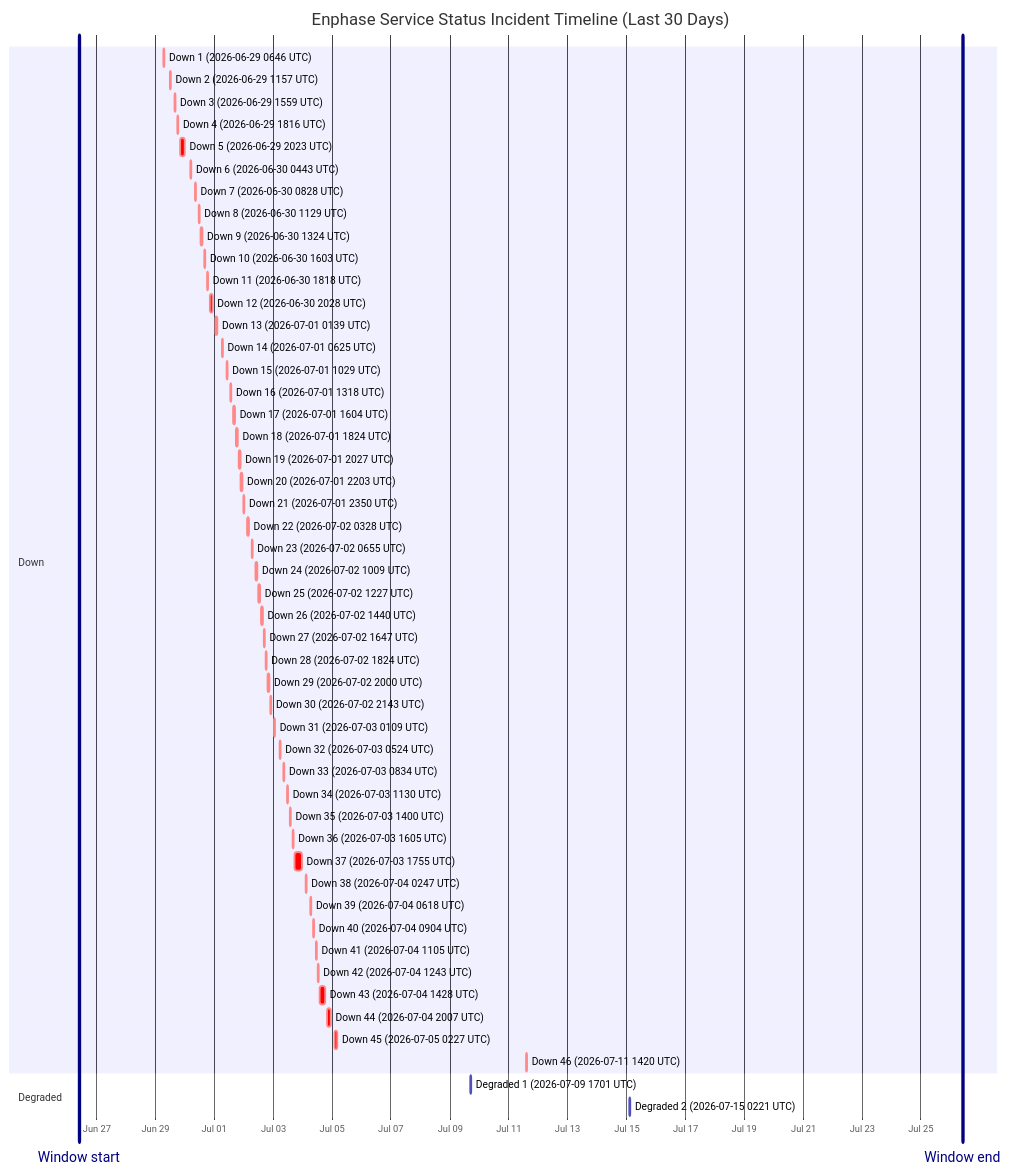
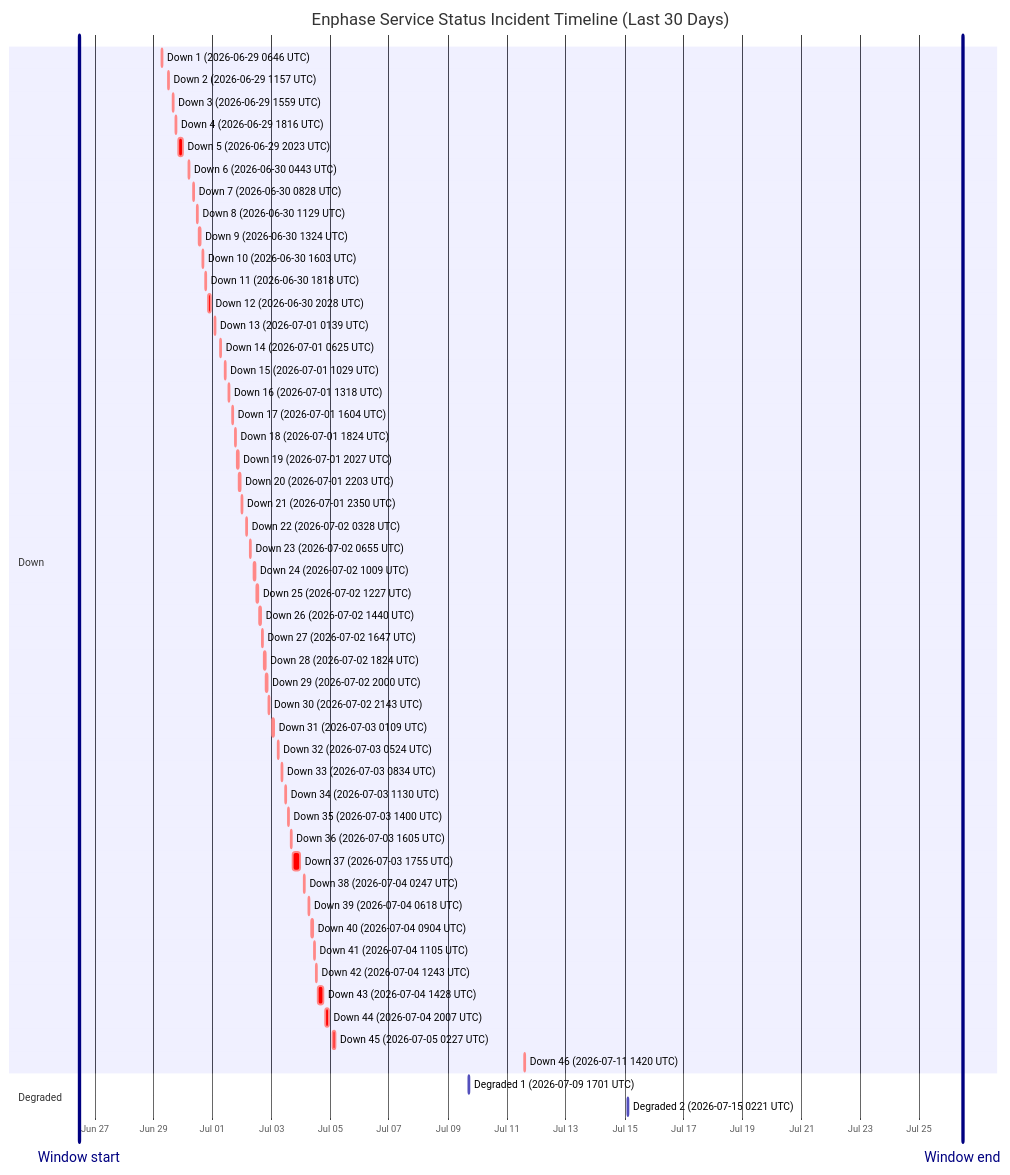
Before and after one commit to barneyonline/ha-enphase-energy: the diagram in wiki/Service-Status-History.md, drawn with Mermaid. The commit also changed other lines of this file and 3 other files, not shown here.

````diff
--- a/wiki/Service-Status-History.md
+++ b/wiki/Service-Status-History.md
@@ -14,58 +14,58 @@
 ```mermaid
 gantt
     title Enphase Service Status Incident Timeline (Last 30 Days)
     dateFormat  YYYY-MM-DDTHH:mm:ss
     axisFormat  %b %d
-    Window start :vert, window-start, 2026-06-26T09:57:31, 0ms
-    Window end :vert, window-end, 2026-07-26T09:57:31, 0ms
+    Window start :vert, window-start, 2026-06-26T11:22:25, 0ms
+    Window end :vert, window-end, 2026-07-26T11:22:25, 0ms
     section Down
     Down 1 (2026-06-29 0646 UTC) :crit, down-1, 2026-06-29T06:46:18, 60m
     Down 2 (2026-06-29 1157 UTC) :crit, down-2, 2026-06-29T11:57:36, 60m
     Down 3 (2026-06-29 1559 UTC) :crit, down-3, 2026-06-29T15:59:02, 60m
     Down 4 (2026-06-29 1816 UTC) :crit, down-4, 2026-06-29T18:16:38, 60m
     Down 5 (2026-06-29 2023 UTC) :crit, down-5, 2026-06-29T20:23:16, 220m
     Down 6 (2026-06-30 0443 UTC) :crit, down-6, 2026-06-30T04:43:54, 60m
     Down 7 (2026-06-30 0828 UTC) :crit, down-7, 2026-06-30T08:28:43, 60m
     Down 8 (2026-06-30 1129 UTC) :crit, down-8, 2026-06-30T11:29:15, 60m
     Down 9 (2026-06-30 1324 UTC) :crit, down-9, 2026-06-30T13:24:25, 60m
     Down 10 (2026-06-30 1603 UTC) :crit, down-10, 2026-06-30T16:03:26, 60m
     Down 11 (2026-06-30 1818 UTC) :crit, down-11, 2026-06-30T18:18:39, 60m
     Down 12 (2026-06-30 2028 UTC) :crit, down-12, 2026-06-30T20:28:54, 171m
     Down 13 (2026-07-01 0139 UTC) :crit, down-13, 2026-07-01T01:39:18, 60m
     Down 14 (2026-07-01 0625 UTC) :crit, down-14, 2026-07-01T06:25:35, 60m
     Down 15 (2026-07-01 1029 UTC) :crit, down-15, 2026-07-01T10:29:24, 60m
     Down 16 (2026-07-01 1318 UTC) :crit, down-16, 2026-07-01T13:18:31, 60m
     Down 17 (2026-07-01 1604 UTC) :crit, down-17, 2026-07-01T16:04:29, 60m
     Down 18 (2026-07-01 1824 UTC) :crit, down-18, 2026-07-01T18:24:21, 60m
     Down 19 (2026-07-01 2027 UTC) :crit, down-19, 2026-07-01T20:27:17, 60m
     Down 20 (2026-07-01 2203 UTC) :crit, down-20, 2026-07-01T22:03:46, 60m
     Down 21 (2026-07-01 2350 UTC) :crit, down-21, 2026-07-01T23:50:52, 60m
     Down 22 (2026-07-02 0328 UTC) :crit, down-22, 2026-07-02T03:28:33, 60m
     Down 23 (2026-07-02 0655 UTC) :crit, down-23, 2026-07-02T06:55:07, 60m
     Down 24 (2026-07-02 1009 UTC) :crit, down-24, 2026-07-02T10:09:15, 60m
     Down 25 (2026-07-02 1227 UTC) :crit, down-25, 2026-07-02T12:27:49, 60m
     Down 26 (2026-07-02 1440 UTC) :crit, down-26, 2026-07-02T14:40:53, 60m
     Down 27 (2026-07-02 1647 UTC) :crit, down-27, 2026-07-02T16:47:47, 60m
     Down 28 (2026-07-02 1824 UTC) :crit, down-28, 2026-07-02T18:24:26, 60m
     Down 29 (2026-07-02 2000 UTC) :crit, down-29, 2026-07-02T20:00:57, 60m
     Down 30 (2026-07-02 2143 UTC) :crit, down-30, 2026-07-02T21:43:52, 80m
     Down 31 (2026-07-03 0109 UTC) :crit, down-31, 2026-07-03T01:09:19, 60m
     Down 32 (2026-07-03 0524 UTC) :crit, down-32, 2026-07-03T05:24:23, 60m
     Down 33 (2026-07-03 0834 UTC) :crit, down-33, 2026-07-03T08:34:05, 60m
     Down 34 (2026-07-03 1130 UTC) :crit, down-34, 2026-07-03T11:30:41, 60m
     Down 35 (2026-07-03 1400 UTC) :crit, down-35, 2026-07-03T14:00:48, 60m
     Down 36 (2026-07-03 1605 UTC) :crit, down-36, 2026-07-03T16:05:49, 60m
     Down 37 (2026-07-03 1755 UTC) :crit, down-37, 2026-07-03T17:55:54, 338m
     Down 38 (2026-07-04 0247 UTC) :crit, down-38, 2026-07-04T02:47:22, 60m
     Down 39 (2026-07-04 0618 UTC) :crit, down-39, 2026-07-04T06:18:09, 60m
     Down 40 (2026-07-04 0904 UTC) :crit, down-40, 2026-07-04T09:04:41, 60m
     Down 41 (2026-07-04 1105 UTC) :crit, down-41, 2026-07-04T11:05:21, 60m
     Down 42 (2026-07-04 1243 UTC) :crit, down-42, 2026-07-04T12:43:25, 60m
     Down 43 (2026-07-04 1428 UTC) :crit, down-43, 2026-07-04T14:28:07, 243m
     Down 44 (2026-07-04 2007 UTC) :crit, down-44, 2026-07-04T20:07:50, 206m
     Down 45 (2026-07-05 0227 UTC) :crit, down-45, 2026-07-05T02:27:32, 109m
     Down 46 (2026-07-11 1420 UTC) :crit, down-46, 2026-07-11T14:20:54, 69m
     section Degraded
     Degraded 1 (2026-07-09 1701 UTC) :active, degraded-1, 2026-07-09T17:01:02, 60m
     Degraded 2 (2026-07-15 0221 UTC) :active, degraded-2, 2026-07-15T02:21:35, 60m
 ```
````
